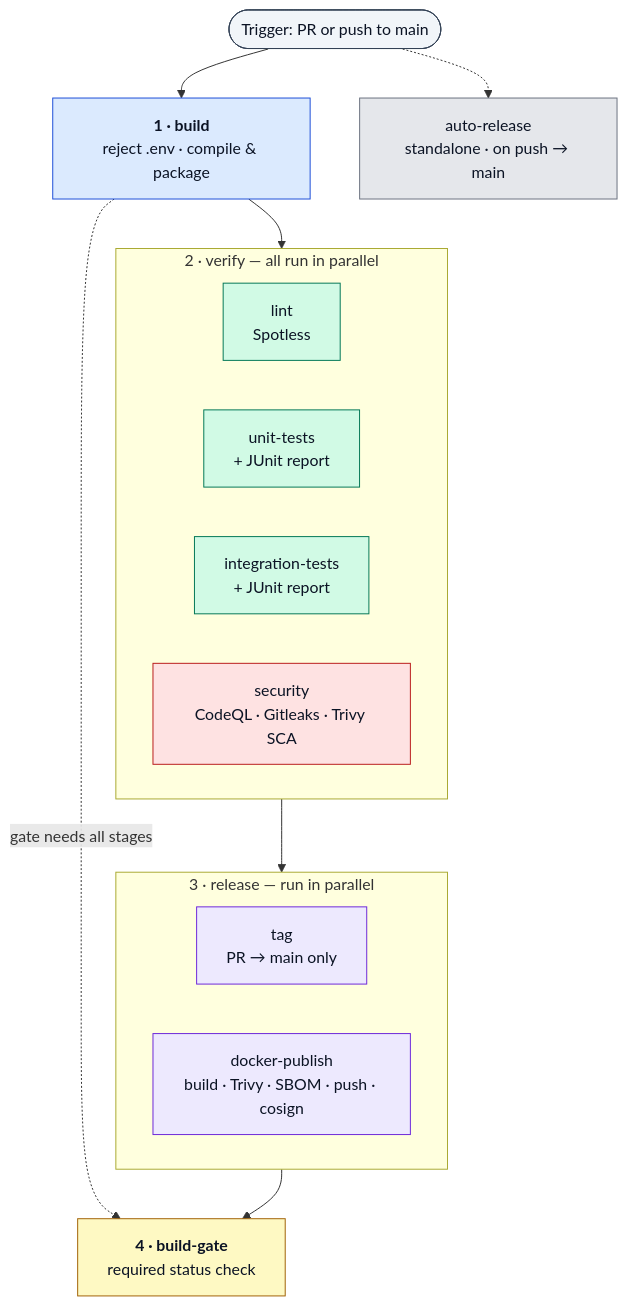
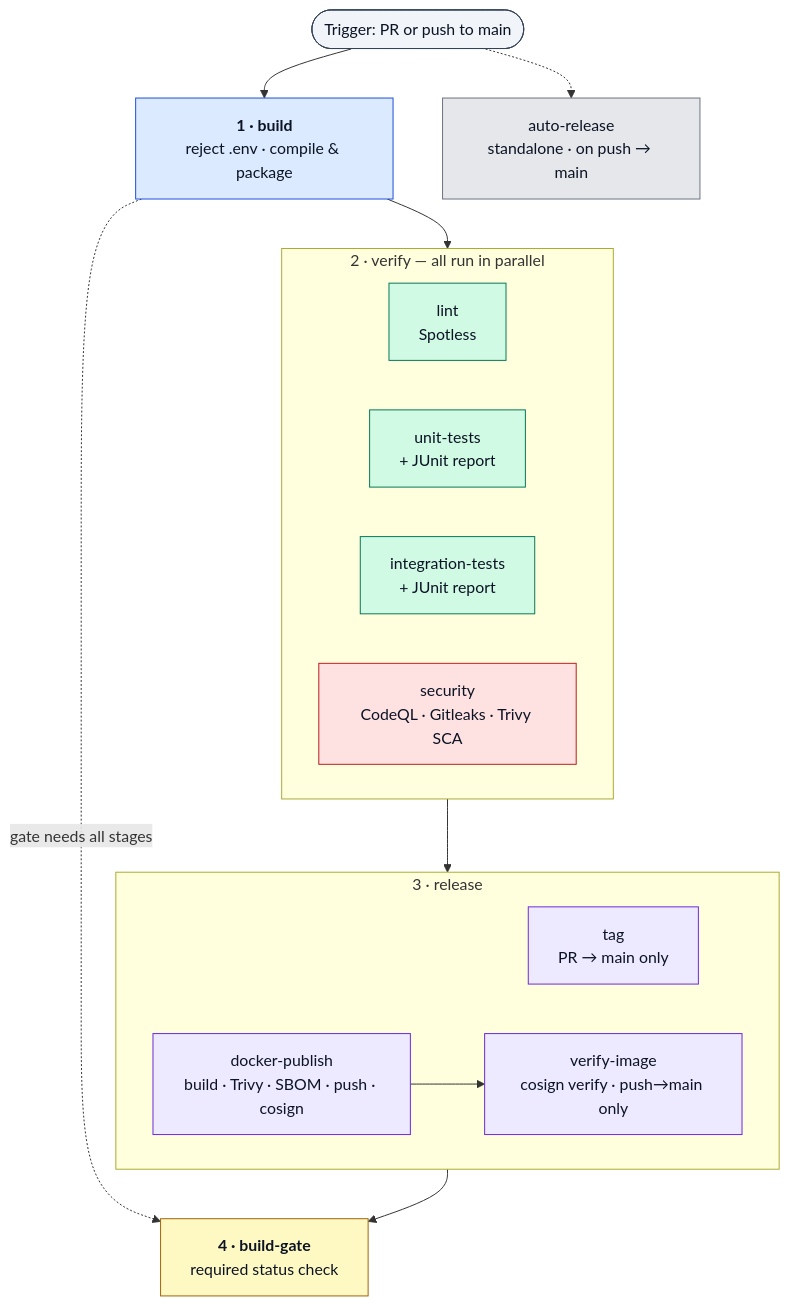
One commit to pse-wtag/java-ci-cd-template changed the diagram in README.md. Above: the diagram before and after it, drawn with Mermaid. The commit also changed other lines of this file and 11 other files, not shown here.

````diff
--- a/README.md
+++ b/README.md
@@ -112,37 +113,39 @@
 ```mermaid
 flowchart TD
     T([Trigger: PR or push to main]):::trig
 
     T --> B["<b>1 · build</b><br/>reject .env · compile &amp; package"]:::s1
 
     subgraph P2 ["2 · verify — all run in parallel"]
         direction LR
         L["lint<br/>Spotless"]:::s2
         U["unit-tests<br/>+ JUnit report"]:::s2
         I["integration-tests<br/>+ JUnit report"]:::s2
         S["security<br/>CodeQL · Gitleaks · Trivy SCA"]:::s3
     end
 
-    subgraph P3 ["3 · release — run in parallel"]
+    subgraph P3 ["3 · release"]
         direction LR
         TG["tag<br/>PR → main only"]:::s4
         D["docker-publish<br/>build · Trivy · SBOM · push · cosign"]:::s4
+        V["verify-image<br/>cosign verify · push→main only"]:::s4
+        D --> V
     end
 
     G["<b>4 · build-gate</b><br/>required status check"]:::s5
 
     B --> P2
     P2 --> P3
     P3 --> G
     B -. gate needs all stages .-> G
 
     T -.-> AR["auto-release<br/>standalone · on push → main"]:::ind
 
     classDef trig fill:#f1f5f9,stroke:#334155,color:#0b1324;
     classDef s1 fill:#dbeafe,stroke:#1d4ed8,color:#0b1324;
     classDef s2 fill:#d1fae5,stroke:#047857,color:#0b1324;
     classDef s3 fill:#fee2e2,stroke:#b91c1c,color:#0b1324;
     classDef s4 fill:#ede9fe,stroke:#6d28d9,color:#0b1324;
     classDef s5 fill:#fef9c3,stroke:#a16207,color:#0b1324;
     classDef ind fill:#e5e7eb,stroke:#6b7280,color:#0b1324;
 ```
````
